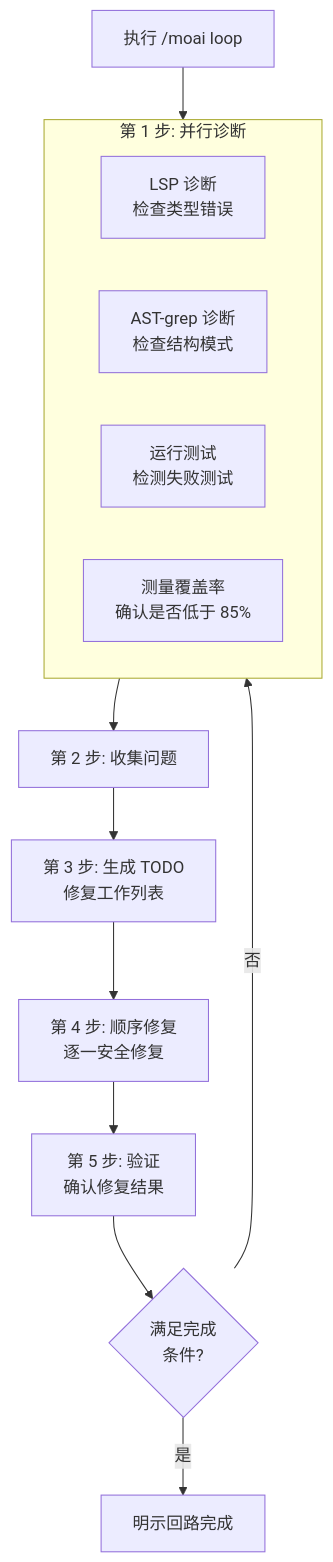
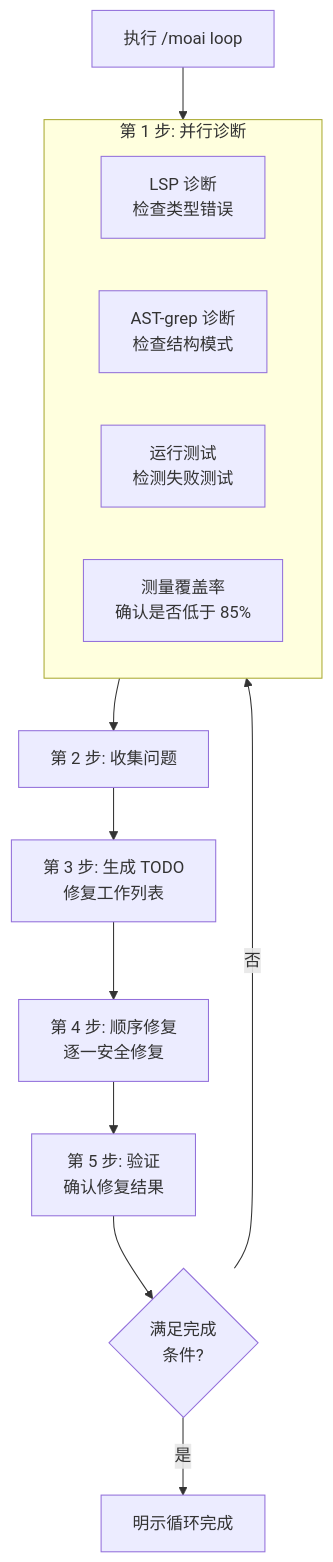
The first of 4 diagrams in docs-site/content/zh/utility-commands/moai-loop.md (modu-ai/moai-adk), drawn with Mermaid before and after one commit. The commit also changed other lines of this file and 124 other files, not shown here.

````diff
--- a/docs-site/content/zh/utility-commands/moai-loop.md
+++ b/docs-site/content/zh/utility-commands/moai-loop.md
@@ -95,19 +95,19 @@
 ```mermaid
 flowchart TD
     Start["执行 /moai loop"] --> Diag
 
     subgraph Diag["第 1 步: 并行诊断"]
         D1["LSP 诊断<br/>检查类型错误"]
         D2["AST-grep 诊断<br/>检查结构模式"]
         D3["运行测试<br/>检测失败测试"]
         D4["测量覆盖率<br/>确认是否低于 85%"]
     end
 
     Diag --> Collect["第 2 步: 收集问题"]
     Collect --> Todo["第 3 步: 生成 TODO<br/>修复工作列表"]
     Todo --> Fix["第 4 步: 顺序修复<br/>逐一安全修复"]
     Fix --> Verify["第 5 步: 验证<br/>确认修复结果"]
     Verify --> Check{满足完成<br/>条件?}
     Check -->|否| Diag
-    Check -->|是| Done["明示回路完成"]
+    Check -->|是| Done["明示循环完成"]
 ```
````
